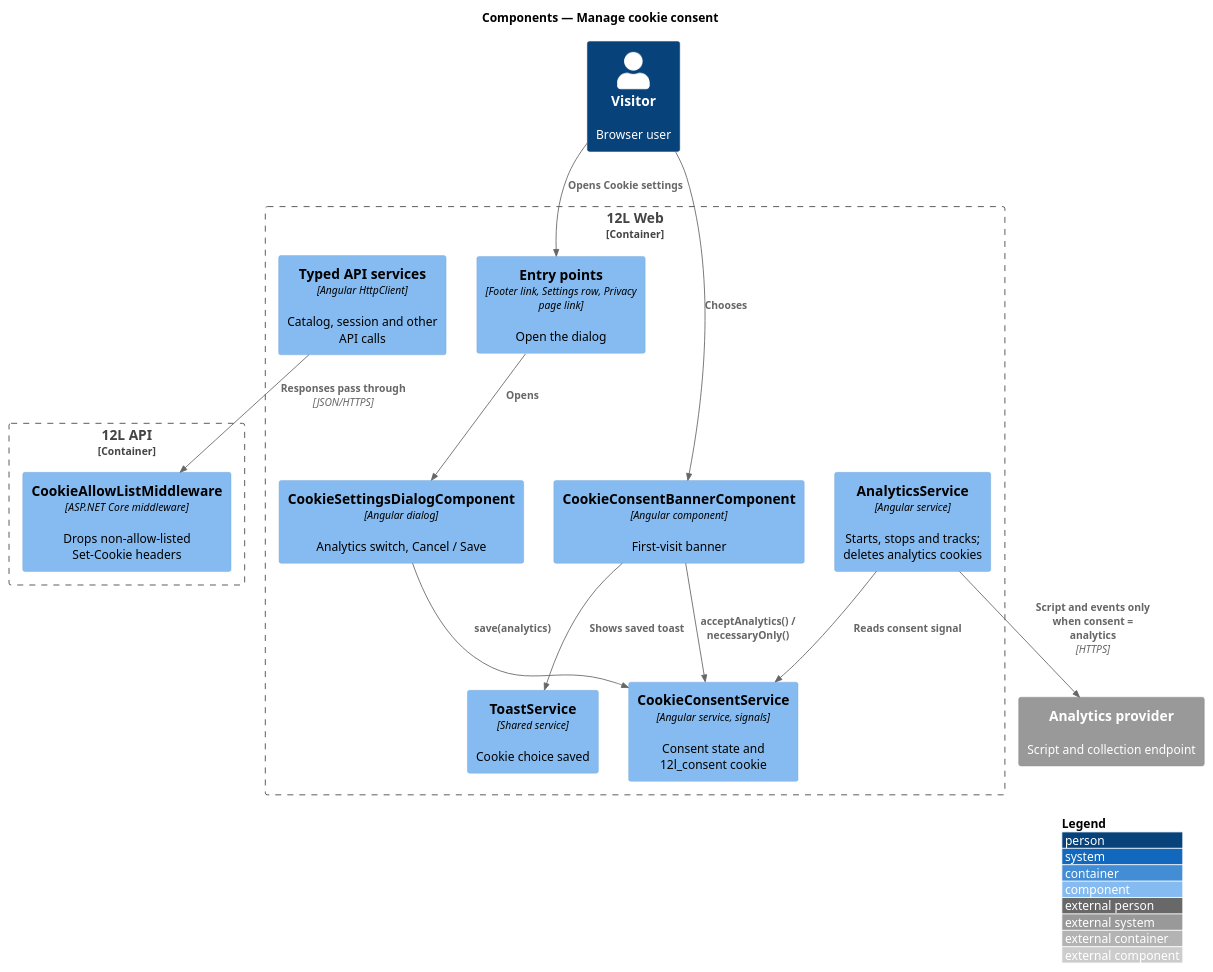
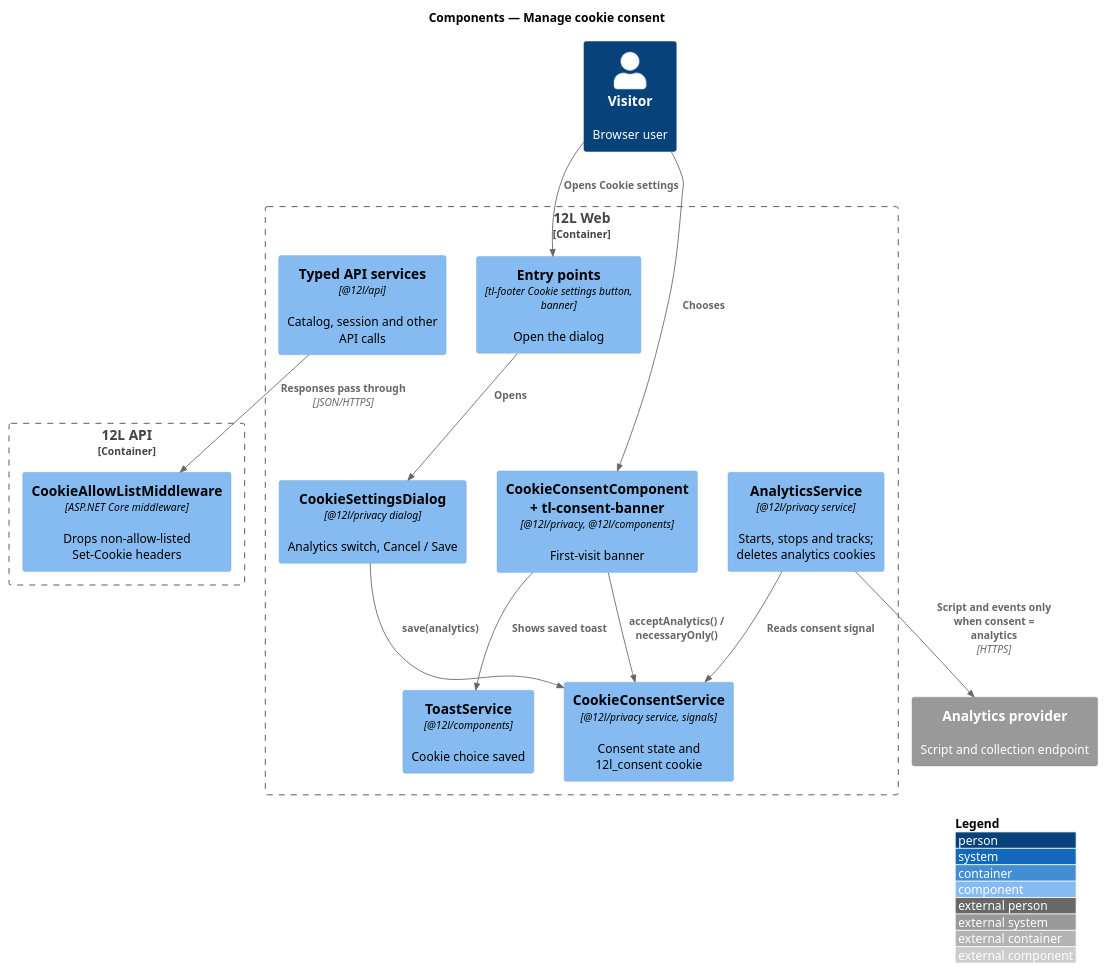
The diagram in docs/detailed-designs/privacy/manage-cookie-consent/diagrams/c4-component.puml (QuinntyneBrown/12l), drawn with PlantUML before and after one commit. The commit also changed 76 other files, not shown here.

Commit message:
Document manage-cookie-consent: design, ADR privacy/0001, L2-056, Consent banner, composition, estimates

```diff
--- a/docs/detailed-designs/privacy/manage-cookie-consent/diagrams/c4-component.puml
+++ b/docs/detailed-designs/privacy/manage-cookie-consent/diagrams/c4-component.puml
@@ -1,30 +1,30 @@
 @startuml
 !include <C4/C4_Component>
 LAYOUT_WITH_LEGEND()
 title Components — Manage cookie consent
 
 Person(visitor, "Visitor", "Browser user")
 Container_Boundary(web, "12L Web") {
-  Component(banner, "CookieConsentBannerComponent", "Angular component", "First-visit banner")
-  Component(dialog, "CookieSettingsDialogComponent", "Angular dialog", "Analytics switch, Cancel / Save")
-  Component(entry, "Entry points", "Footer link, Settings row, Privacy page link", "Open the dialog")
-  Component(consent, "CookieConsentService", "Angular service, signals", "Consent state and 12l_consent cookie")
-  Component(analyticsSvc, "AnalyticsService", "Angular service", "Starts, stops and tracks; deletes analytics cookies")
-  Component(toast, "ToastService", "Shared service", "Cookie choice saved")
-  Component(apis, "Typed API services", "Angular HttpClient", "Catalog, session and other API calls")
+  Component(banner, "CookieConsentComponent + tl-consent-banner", "@12l/privacy, @12l/components", "First-visit banner")
+  Component(dialog, "CookieSettingsDialog", "@12l/privacy dialog", "Analytics switch, Cancel / Save")
+  Component(entry, "Entry points", "tl-footer Cookie settings button, banner", "Open the dialog")
+  Component(consent, "CookieConsentService", "@12l/privacy service, signals", "Consent state and 12l_consent cookie")
+  Component(analyticsSvc, "AnalyticsService", "@12l/privacy service", "Starts, stops and tracks; deletes analytics cookies")
+  Component(toast, "ToastService", "@12l/components", "Cookie choice saved")
+  Component(apis, "Typed API services", "@12l/api", "Catalog, session and other API calls")
 }
 Container_Boundary(api, "12L API") {
   Component(mw, "CookieAllowListMiddleware", "ASP.NET Core middleware", "Drops non-allow-listed Set-Cookie headers")
 }
 System_Ext(analytics, "Analytics provider", "Script and collection endpoint")
 
 Rel(visitor, banner, "Chooses")
 Rel(visitor, entry, "Opens Cookie settings")
 Rel(entry, dialog, "Opens")
 Rel(banner, consent, "acceptAnalytics() / necessaryOnly()")
 Rel(banner, toast, "Shows saved toast")
 Rel(dialog, consent, "save(analytics)")
 Rel(analyticsSvc, consent, "Reads consent signal")
 Rel(analyticsSvc, analytics, "Script and events only when consent = analytics", "HTTPS")
 Rel(apis, mw, "Responses pass through", "JSON/HTTPS")
 @enduml
```
